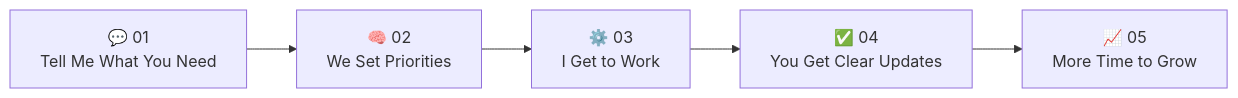
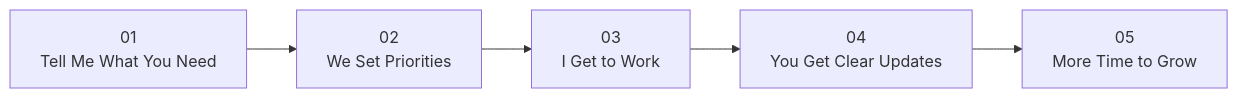
One commit to alebiosuva/alebiosuva changed the diagram in README.md. Above: the diagram before and after it, drawn with Mermaid. The commit also changed other lines of this file, not shown here.

````diff
--- a/README.md
+++ b/README.md
@@ -132,7 +132,7 @@
 ```mermaid
 flowchart LR
-    A["💬 01<br/>Tell Me What You Need"] --> B["🧠 02<br/>We Set Priorities"]
-    B --> C["⚙️ 03<br/>I Get to Work"]
-    C --> D["✅ 04<br/>You Get Clear Updates"]
-    D --> E["📈 05<br/>More Time to Grow"]
+    A[" 01<br/>Tell Me What You Need"] --> B[" 02<br/>We Set Priorities"]
+    B --> C[" 03<br/>I Get to Work"]
+    C --> D[" 04<br/>You Get Clear Updates"]
+    D --> E[" 05<br/>More Time to Grow"]
 ```
````
